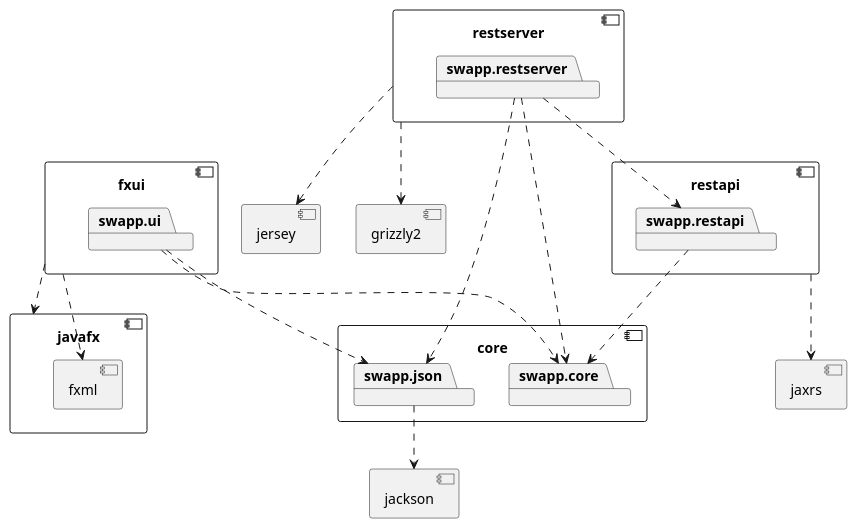
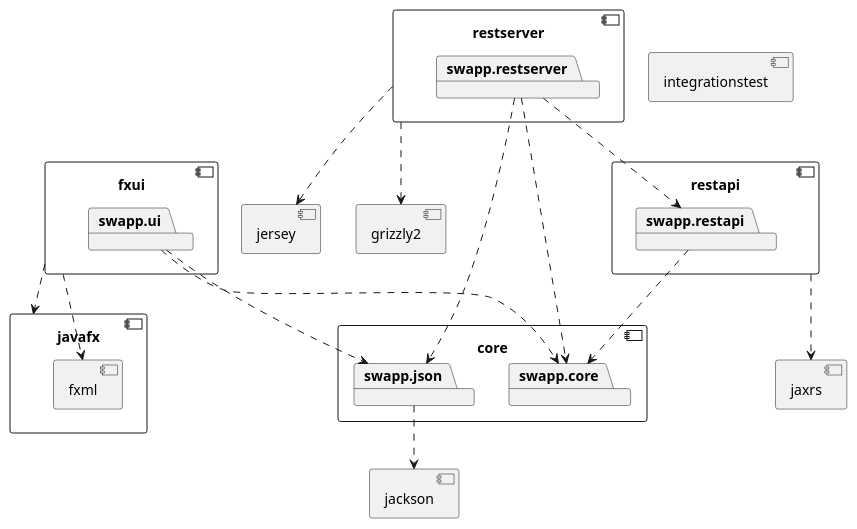
One commit to StefanTomic-NTNU/swapp changed the diagram in pakkediagram.puml. Above: the diagram before and after it, drawn with PlantUML.

```diff
--- a/pakkediagram.puml
+++ b/pakkediagram.puml
@@ -1,60 +1,64 @@
 @startuml
 component core {
 	package swapp.core
 	package swapp.json
 }
 
 component jackson {
 }
 
 swapp.json ..> jackson
 
 
 
 component fxui {
 	package swapp.ui
 }
 
 
 swapp.ui ..> swapp.core
 swapp.ui ..> swapp.json
 
 component javafx {
 	component fxml {
 	}
 }
 
 fxui ..> javafx
 fxui ..> fxml
 
 
 component restapi {
 	package swapp.restapi
 }
 
 swapp.restapi ..> swapp.core
 
+component integrationstest {
+	
+}
+
 component jaxrs {
 }
 
 restapi ..> jaxrs
 
 component restserver {
 	package swapp.restserver
 }
 
 swapp.restserver ..> swapp.core
 swapp.restserver ..> swapp.json
 swapp.restserver ..> swapp.restapi
 
 component jersey {
 }
 
 component grizzly2 {
 }
 
 restserver ..> jersey
 restserver ..> grizzly2
 
 
 @enduml
```
